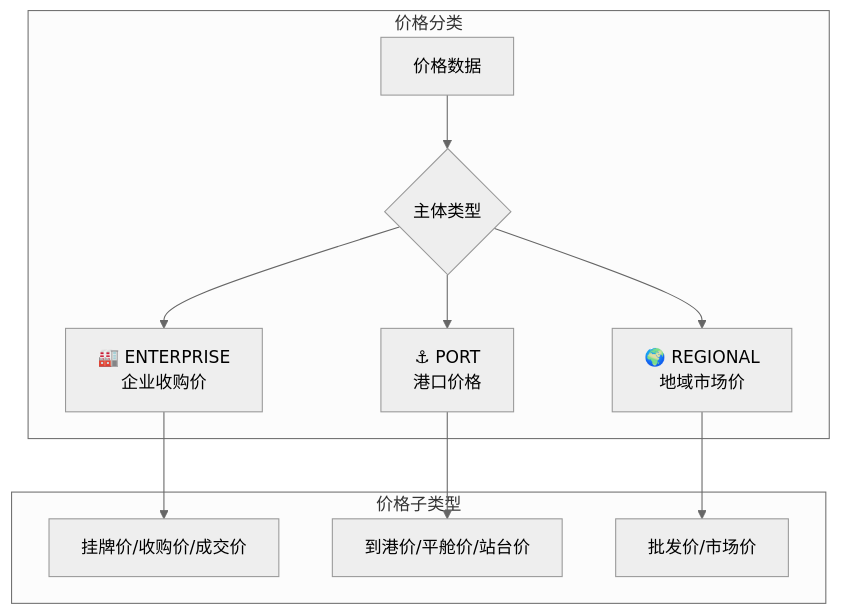
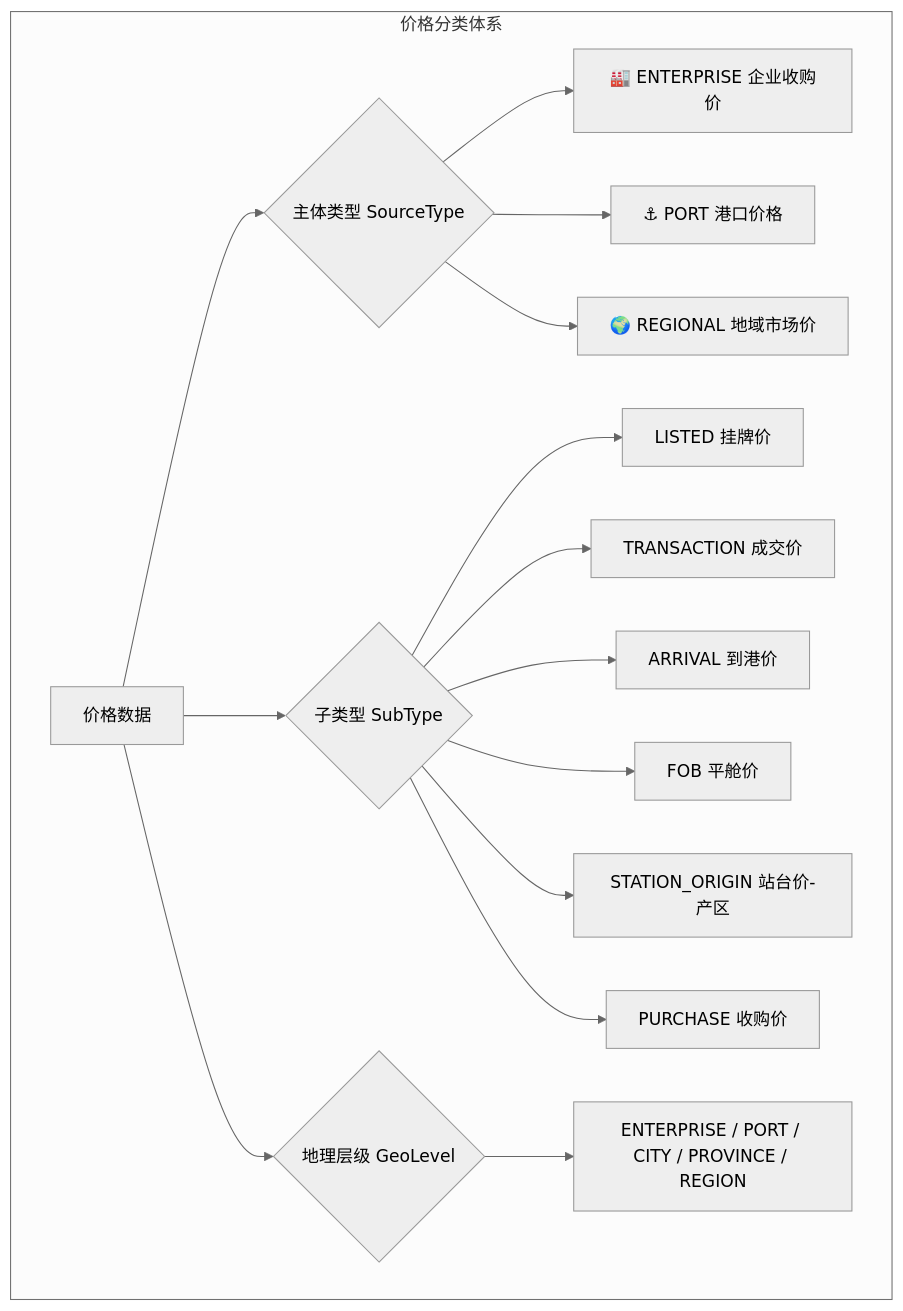
One commit to ccnuzw/CTBMS changed the diagram in docs/价格分类存储方案-完成报告.md. Above: the diagram before and after it, drawn with Mermaid (neutral theme). The commit also changed other lines of this file and 9 other files, not shown here.

````diff
--- a/docs/价格分类存储方案-完成报告.md
+++ b/docs/价格分类存储方案-完成报告.md
@@ -12,15 +13,20 @@
 ```mermaid
 graph TB
-    subgraph 价格分类
-        A[价格数据] --> B{主体类型}
-        B --> C[🏭 ENTERPRISE<br/>企业收购价]
-        B --> D[⚓ PORT<br/>港口价格]
-        B --> E[🌍 REGIONAL<br/>地域市场价]
-    end
-    
-    subgraph 价格子类型
-        C --> C1[挂牌价/收购价/成交价]
-        D --> D1[到港价/平舱价/站台价]
-        E --> E1[批发价/市场价]
+    subgraph 价格分类体系
+        A[价格数据] --> B{主体类型 SourceType}
+        B --> C[🏭 ENTERPRISE 企业收购价]
+        B --> D[⚓ PORT 港口价格]
+        B --> E[🌍 REGIONAL 地域市场价]
+        
+        A --> F{子类型 SubType}
+        F --> G[LISTED 挂牌价]
+        F --> H[TRANSACTION 成交价]
+        F --> I[ARRIVAL 到港价]
+        F --> J[FOB 平舱价]
+        F --> K[STATION_ORIGIN 站台价-产区]
+        F --> L[PURCHASE 收购价]
+        
+        A --> M{地理层级 GeoLevel}
+        M --> N[ENTERPRISE / PORT / CITY / PROVINCE / REGION]
     end
 ```
````
